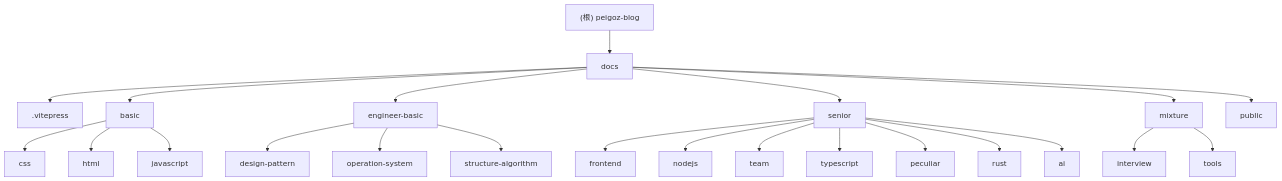
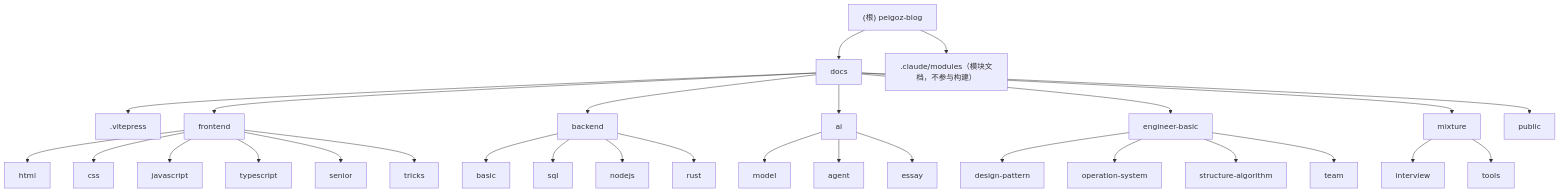
Before and after one commit to peigoz/peigoz.github.io: the diagram in CLAUDE.md, drawn with Mermaid. The commit also changed other lines of this file and 10 other files, not shown here.

````diff
--- a/CLAUDE.md
+++ b/CLAUDE.md
@@ -26,31 +26,38 @@
 ```mermaid
 graph TD
     A["(根) peigoz-blog"] --> B["docs"];
+    A --> M[".claude/modules（模块文档，不参与构建）"];
     B --> C[".vitepress"];
-    B --> D["basic"];
-    B --> E["engineer-basic"];
-    B --> F["senior"];
-    B --> G["mixture"];
-    B --> H["public"];
-    D --> D1["css"];
-    D --> D2["html"];
+    B --> D["frontend"];
+    B --> E["backend"];
+    B --> F["ai"];
+    B --> G["engineer-basic"];
+    B --> H["mixture"];
+    B --> I["public"];
+    D --> D1["html"];
+    D --> D2["css"];
     D --> D3["javascript"];
-    E --> E1["design-pattern"];
-    E --> E2["operation-system"];
-    E --> E3["structure-algorithm"];
-    F --> F1["frontend"];
-    F --> F2["nodejs"];
-    F --> F3["team"];
-    F --> F4["typescript"];
-    F --> F5["peculiar"];
-    F --> F6["rust"];
-    F --> F7["ai"];
-    G --> G1["interview"];
-    G --> G2["tools"];
+    D --> D4["typescript"];
+    D --> D5["senior"];
+    D --> D6["tricks"];
+    E --> E1["basic"];
+    E --> E2["sql"];
+    E --> E3["nodejs"];
+    E --> E4["rust"];
+    F --> F1["model"];
+    F --> F2["agent"];
+    F --> F3["essay"];
+    G --> G1["design-pattern"];
+    G --> G2["operation-system"];
+    G --> G3["structure-algorithm"];
+    G --> G4["team"];
+    H --> H1["interview"];
+    H --> H2["tools"];
 
-    click C "./docs/.vitepress/CLAUDE.md" "查看站点配置与主题模块文档"
-    click D "./docs/basic/CLAUDE.md" "查看前端基础模块文档"
-    click E "./docs/engineer-basic/CLAUDE.md" "查看工程基础模块文档"
-    click F "./docs/senior/CLAUDE.md" "查看进阶模块文档"
-    click G "./docs/mixture/CLAUDE.md" "查看杂项模块文档"
+    click C "./.claude/modules/vitepress.md" "查看站点配置与主题模块文档"
+    click D "./.claude/modules/frontend.md" "查看前端模块文档"
+    click E "./.claude/modules/backend.md" "查看后端模块文档"
+    click F "./.claude/modules/ai.md" "查看 AI 模块文档"
+    click G "./.claude/modules/engineer-basic.md" "查看工程基础模块文档"
+    click H "./.claude/modules/mixture.md" "查看杂项模块文档"
 ```
````
